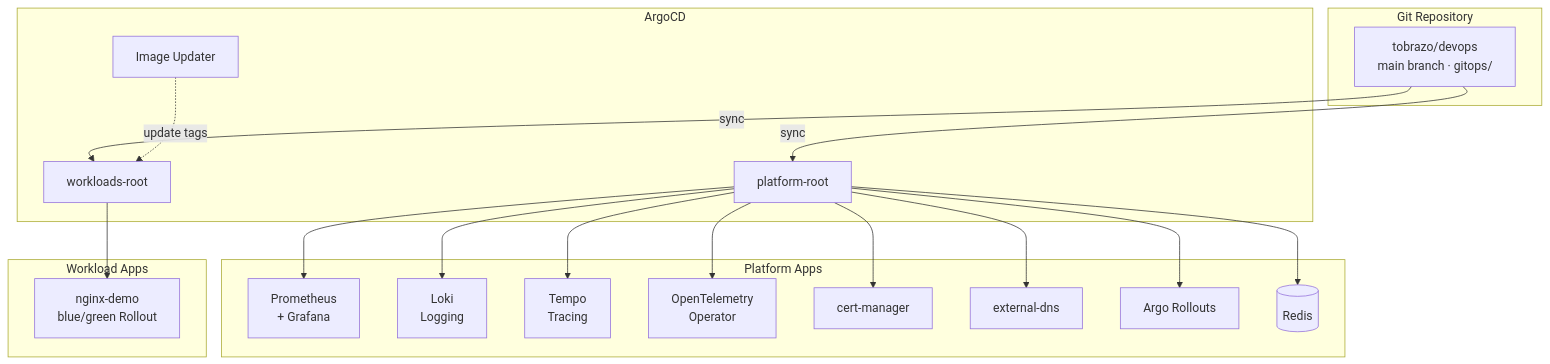
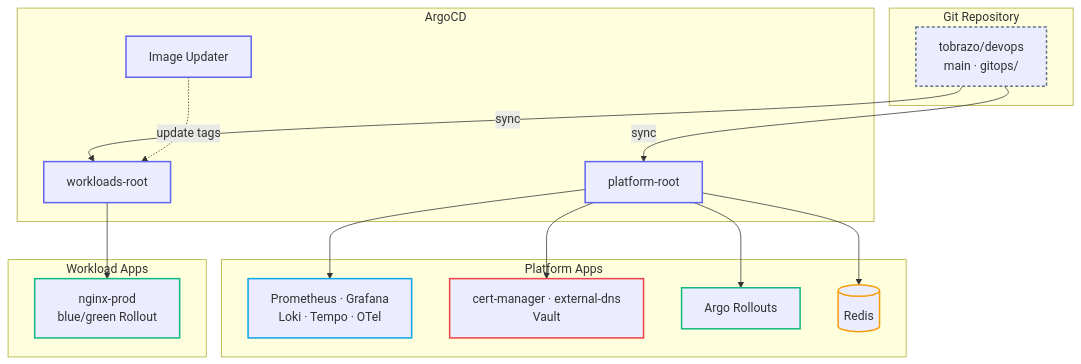
The first of 3 diagrams in gitops/README.md (tobrazo/devops), drawn with Mermaid before and after one commit. The commit also changed other lines of this file and 26 other files, not shown here.

````diff
--- a/gitops/README.md
+++ b/gitops/README.md
@@ -15,41 +26,47 @@
 ```mermaid
 flowchart TD
 
 subgraph git["Git Repository"]
-  repo[tobrazo/devops<br/>main branch · gitops/]
+  repo["tobrazo/devops<br/>main · gitops/"]
 end
 
 subgraph argocd["ArgoCD"]
-  platform_root[platform-root]
-  workloads_root[workloads-root]
-  image_updater[Image Updater]
+  platform_root["platform-root"]
+  workloads_root["workloads-root"]
+  image_updater["Image Updater"]
 end
 
 subgraph platform["Platform Apps"]
-  prometheus[Prometheus<br/>+ Grafana]
-  loki[Loki<br/>Logging]
-  tempo[Tempo<br/>Tracing]
-  otel[OpenTelemetry<br/>Operator]
-  certmgr[cert-manager]
-  extdns[external-dns]
-  rollouts[Argo Rollouts]
-  redis[(Redis)]
+  observ["Prometheus · Grafana<br/>Loki · Tempo · OTel"]
+  netsec["cert-manager · external-dns<br/>Vault"]
+  rollouts["Argo Rollouts"]
+  redis[("Redis")]
 end
 
 subgraph workloads["Workload Apps"]
-  nginx[nginx-demo<br/>blue/green Rollout]
+  nginx["nginx-prod<br/>blue/green Rollout"]
 end
 
 repo -->|sync| platform_root
 repo -->|sync| workloads_root
-platform_root --> prometheus
-platform_root --> loki
-platform_root --> tempo
-platform_root --> otel
-platform_root --> certmgr
-platform_root --> extdns
+platform_root --> observ
+platform_root --> netsec
 platform_root --> rollouts
 platform_root --> redis
 workloads_root --> nginx
 image_updater -.->|update tags| workloads_root
+
+classDef edge stroke:#64748b,stroke-width:2px,stroke-dasharray:4 3;
+classDef ctrl stroke:#6366f1,stroke-width:2px;
+classDef obs stroke:#0ea5e9,stroke-width:2px;
+classDef warn stroke:#ef4444,stroke-width:2px;
+classDef deliver stroke:#10b981,stroke-width:2px;
+classDef data stroke:#f59e0b,stroke-width:2px;
+
+class repo edge;
+class platform_root,workloads_root,image_updater ctrl;
+class observ obs;
+class netsec warn;
+class rollouts,nginx deliver;
+class redis data;
 ```
````
